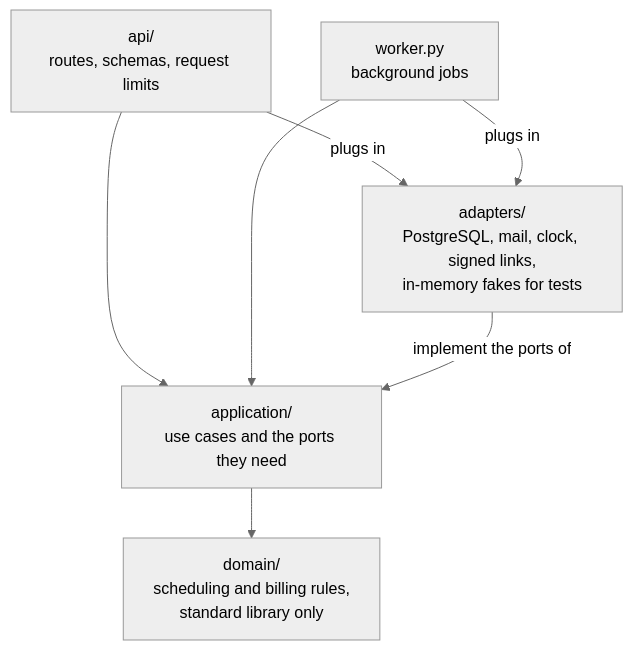
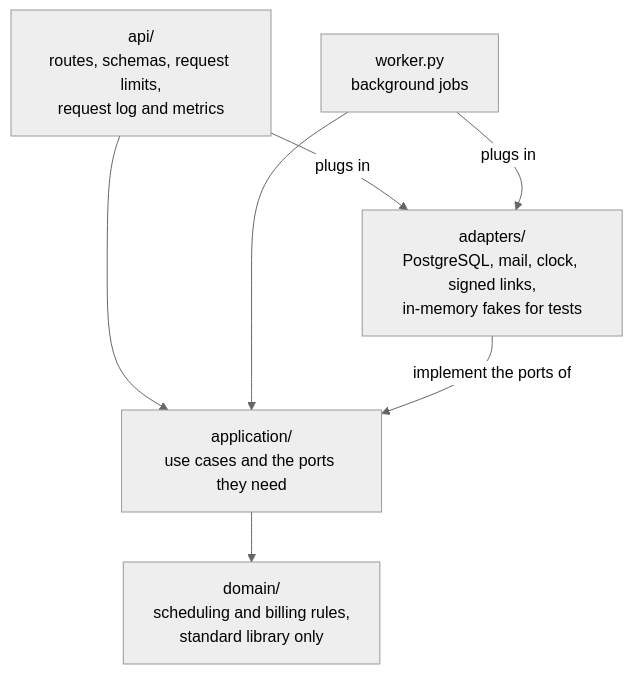
One commit to migace/tutor-calendar changed the second of 2 diagrams in README.md. Above: the diagram before and after it, drawn with Mermaid (neutral theme). The commit also changed other lines of this file and 46 other files, not shown here.

````diff
--- a/README.md
+++ b/README.md
@@ -187,15 +200,15 @@
 ```mermaid
 flowchart TB
-    api["api/<br/>routes, schemas, request limits"]
+    api["api/<br/>routes, schemas, request limits,<br/>request log and metrics"]
     workerpy["worker.py<br/>background jobs"]
     adapters["adapters/<br/>PostgreSQL, mail, clock, signed links,<br/>in-memory fakes for tests"]
     application["application/<br/>use cases and the ports they need"]
     domain["domain/<br/>scheduling and billing rules,<br/>standard library only"]
 
     api -->|plugs in| adapters
     workerpy -->|plugs in| adapters
     api --> application
     workerpy --> application
     adapters -->|implement the ports of| application
     application --> domain
 ```
````
